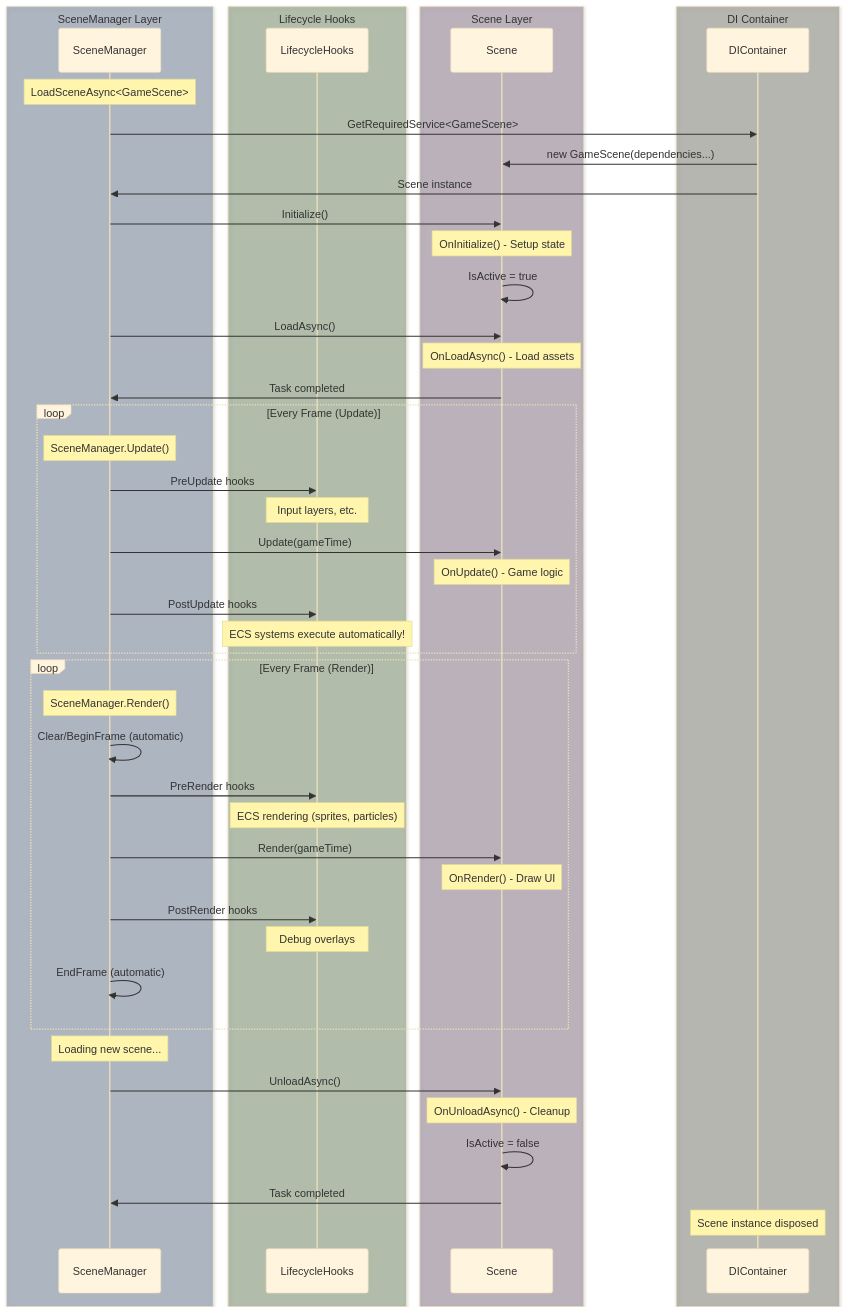
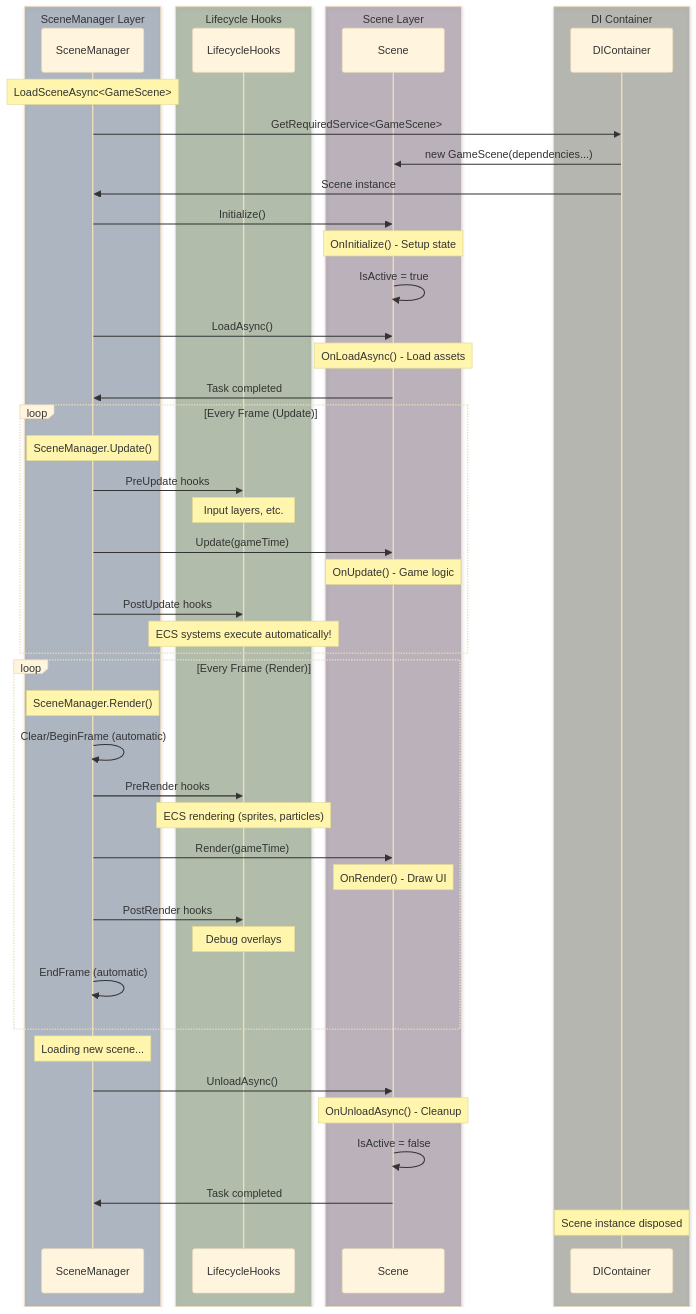
The second of 2 diagrams in docs/concepts/scenes.md (CrazyPickleStudios/Brine2D-Documentation), drawn with Mermaid (base theme) before and after one commit. The commit also changed 19 other files, not shown here.

````diff
--- a/docs/concepts/scenes.md
+++ b/docs/concepts/scenes.md
@@ -60,75 +60,70 @@
 ```mermaid
 sequenceDiagram
+    box rgba(30, 58, 95, 0.3) SceneManager Layer
     participant SM as SceneManager
+    end
+    
+    box rgba(45, 80, 22, 0.3) Lifecycle Hooks
     participant H as LifecycleHooks
+    end
+    
+    box rgba(74, 45, 74, 0.3) Scene Layer
     participant S as Scene
+    end
+    
+    box rgba(61, 61, 42, 0.3) DI Container
     participant DI as DIContainer
+    end
     
     Note over SM: LoadSceneAsync<GameScene>
     
     SM->>DI: GetRequiredService<GameScene>
     DI->>S: new GameScene(dependencies...)
     DI->>SM: Scene instance
     
     SM->>S: Initialize()
     Note over S: OnInitialize() - Setup state
     S->>S: IsActive = true
     
     SM->>S: LoadAsync()
     Note over S: OnLoadAsync() - Load assets
     S->>SM: Task completed
     
     loop Every Frame (Update)
         Note over SM: SceneManager.Update()
         
         SM->>H: PreUpdate hooks
         Note over H: Input layers, etc.
         
         SM->>S: Update(gameTime)
         Note over S: OnUpdate() - Game logic
         
         SM->>H: PostUpdate hooks
         Note over H: ECS systems execute automatically!
     end
     
     loop Every Frame (Render)
         Note over SM: SceneManager.Render()
         SM->>SM: Clear/BeginFrame (automatic)
         
         SM->>H: PreRender hooks
         Note over H: ECS rendering (sprites, particles)
         
         SM->>S: Render(gameTime)
         Note over S: OnRender() - Draw UI
         
         SM->>H: PostRender hooks
         Note over H: Debug overlays
         
         SM->>SM: EndFrame (automatic)
     end
     
     Note over SM: Loading new scene...
     
     SM->>S: UnloadAsync()
     Note over S: OnUnloadAsync() - Cleanup
     S->>S: IsActive = false
     S->>SM: Task completed
     
     Note over DI: Scene instance disposed
-    
-    box rgba(30, 58, 95, 0.3) SceneManager Layer
-    participant SM
-    end
-    
-    box rgba(45, 80, 22, 0.3) Lifecycle Hooks
-    participant H
-    end
-    
-    box rgba(74, 45, 74, 0.3) Scene Layer
-    participant S
-    end
-    
-    box rgba(61, 61, 42, 0.3) DI Container
-    participant DI
-    end
 ```
````
